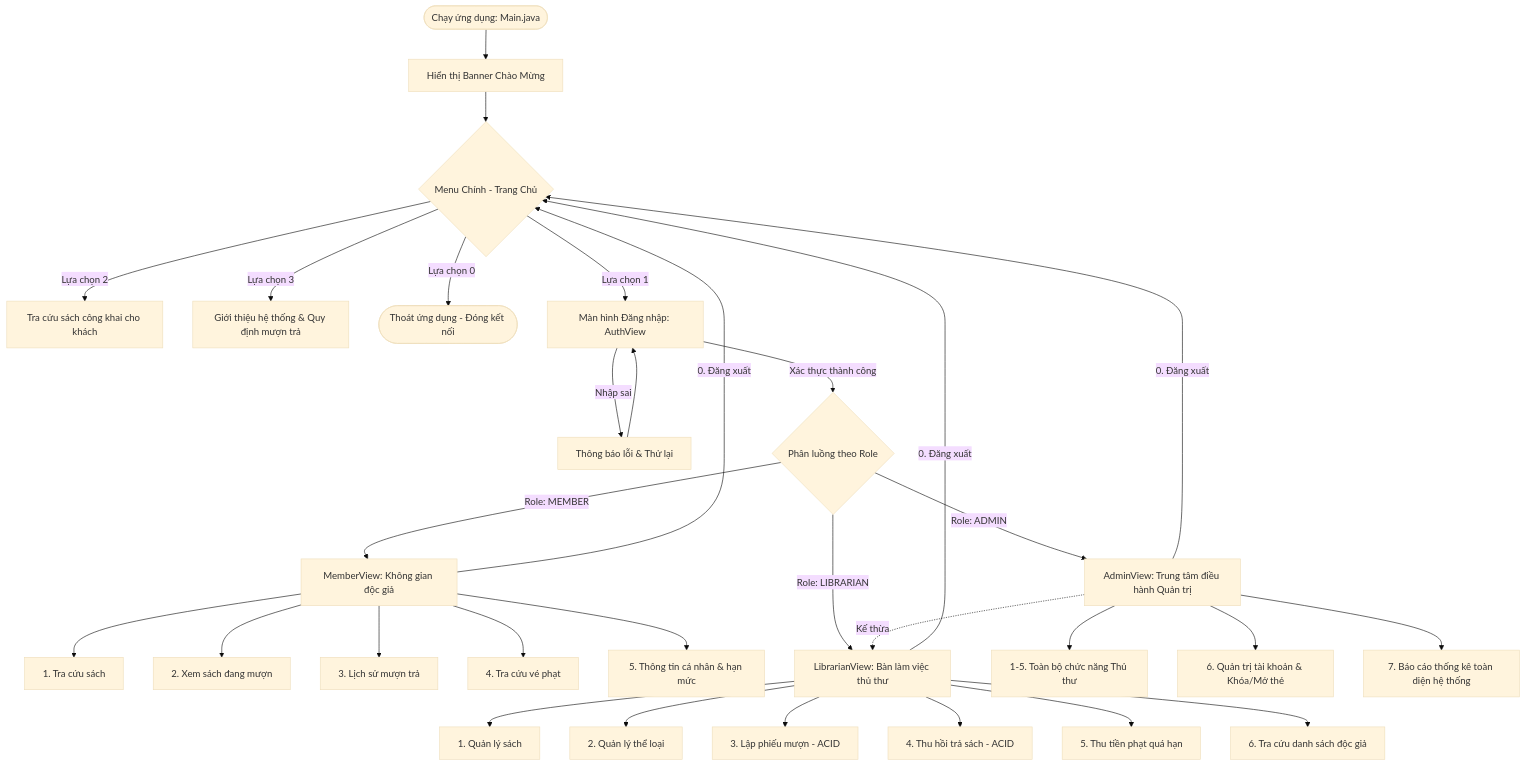
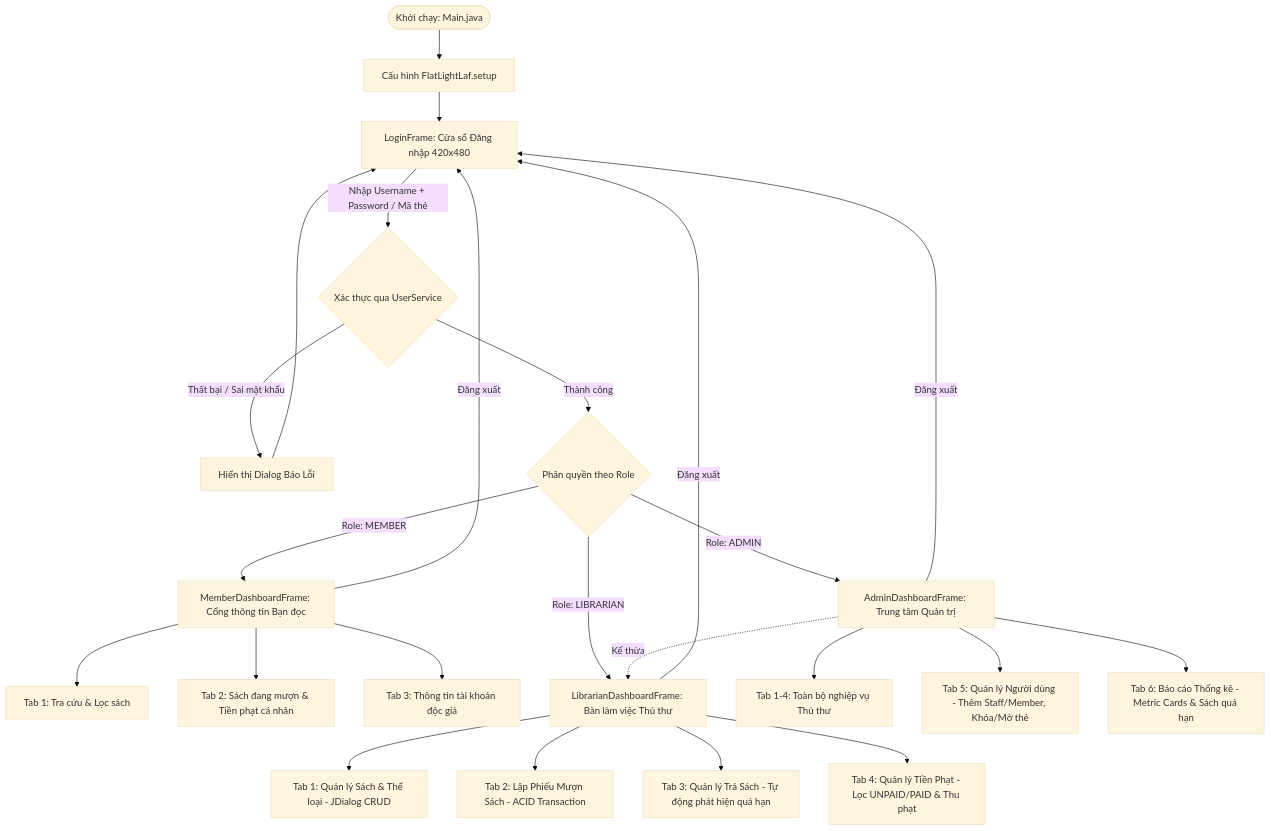
The diagram in reports/milestone_5_report.md (nhbachh/OOP-HUST), drawn with Mermaid (base theme) before and after one commit. The commit also changed other lines of this file and 25 other files, not shown here.

````diff
--- a/reports/milestone_5_report.md
+++ b/reports/milestone_5_report.md
@@ -30,40 +78,31 @@
 ```mermaid
 flowchart TD
-    Start([Chạy ứng dụng: Main.java]) --> Banner[Hiển thị Banner Chào Mừng]
-    Banner --> HomeMenu{Menu Chính - Trang Chủ}
+    Start([Khởi chạy: Main.java]) --> InitFlatLaf[Cấu hình FlatLightLaf.setup]
+    InitFlatLaf --> LoginWin[LoginFrame: Cửa sổ Đăng nhập 420x480]
 
-    HomeMenu -->|Lựa chọn 2| PublicSearch[Tra cứu sách công khai cho khách]
-    HomeMenu -->|Lựa chọn 3| AboutRules[Giới thiệu hệ thống & Quy định mượn trả]
-    HomeMenu -->|Lựa chọn 0| ExitApp([Thoát ứng dụng - Đóng kết nối])
+    LoginWin -->|Nhập Username + Password / Mã thẻ| Auth{Xác thực qua UserService}
+    Auth -->|Thất bại / Sai mật khẩu| ErrorDialog[Hiển thị Dialog Báo Lỗi]
+    ErrorDialog --> LoginWin
 
-    HomeMenu -->|Lựa chọn 1| AuthScreen[Màn hình Đăng nhập: AuthView]
+    Auth -->|Thành công| Dispatcher{Phân quyền theo Role}
 
-    AuthScreen -->|Nhập sai| AuthFail[Thông báo lỗi & Thử lại]
-    AuthFail --> AuthScreen
+    Dispatcher -->|Role: MEMBER| MemDash[MemberDashboardFrame: Cổng thông tin Bạn đọc]
+    MemDash --> T1[Tab 1: Tra cứu & Lọc sách]
+    MemDash --> T2[Tab 2: Sách đang mượn & Tiền phạt cá nhân]
+    MemDash --> T3[Tab 3: Thông tin tài khoản độc giả]
+    MemDash -->|Đăng xuất| LoginWin
 
-    AuthScreen -->|Xác thực thành công| RoleDispatcher{Phân luồng theo Role}
+    Dispatcher -->|Role: LIBRARIAN| LibDash[LibrarianDashboardFrame: Bàn làm việc Thủ thư]
+    LibDash --> L1[Tab 1: Quản lý Sách & Thể loại - JDialog CRUD]
+    LibDash --> L2[Tab 2: Lập Phiếu Mượn Sách - ACID Transaction]
+    LibDash --> L3[Tab 3: Quản lý Trả Sách - Tự động phát hiện quá hạn]
+    LibDash --> L4[Tab 4: Quản lý Tiền Phạt - Lọc UNPAID/PAID & Thu phạt]
+    LibDash -->|Đăng xuất| LoginWin
 
-    RoleDispatcher -->|Role: MEMBER| MemberMenu[MemberView: Không gian độc giả]
-    MemberMenu --> M1[1. Tra cứu sách]
-    MemberMenu --> M2[2. Xem sách đang mượn]
-    MemberMenu --> M3[3. Lịch sử mượn trả]
-    MemberMenu --> M4[4. Tra cứu vé phạt]
-    MemberMenu --> M5[5. Thông tin cá nhân & hạn mức]
-    MemberMenu -->|0. Đăng xuất| HomeMenu
-
-    RoleDispatcher -->|Role: LIBRARIAN| LibMenu[LibrarianView: Bàn làm việc thủ thư]
-    LibMenu --> L1[1. Quản lý sách]
-    LibMenu --> L2[2. Quản lý thể loại]
-    LibMenu --> L3[3. Lập phiếu mượn - ACID]
-    LibMenu --> L4[4. Thu hồi trả sách - ACID]
-    LibMenu --> L5[5. Thu tiền phạt quá hạn]
-    LibMenu --> L6[6. Tra cứu danh sách độc giả]
-    LibMenu -->|0. Đăng xuất| HomeMenu
-
-    RoleDispatcher -->|Role: ADMIN| AdminMenu[AdminView: Trung tâm điều hành Quản trị]
-    AdminMenu -.->|Kế thừa| LibMenu
-    AdminMenu --> A1[1-5. Toàn bộ chức năng Thủ thư]
-    AdminMenu --> A2[6. Quản trị tài khoản & Khóa/Mở thẻ]
-    AdminMenu --> A3[7. Báo cáo thống kê toàn diện hệ thống]
-    AdminMenu -->|0. Đăng xuất| HomeMenu
+    Dispatcher -->|Role: ADMIN| AdminDash[AdminDashboardFrame: Trung tâm Quản trị]
+    AdminDash -.->|Kế thừa| LibDash
+    AdminDash --> A1[Tab 1-4: Toàn bộ nghiệp vụ Thủ thư]
+    AdminDash --> A5[Tab 5: Quản lý Người dùng - Thêm Staff/Member, Khóa/Mở thẻ]
+    AdminDash --> A6[Tab 6: Báo cáo Thống kê - Metric Cards & Sách quá hạn]
+    AdminDash -->|Đăng xuất| LoginWin
 ```
````
